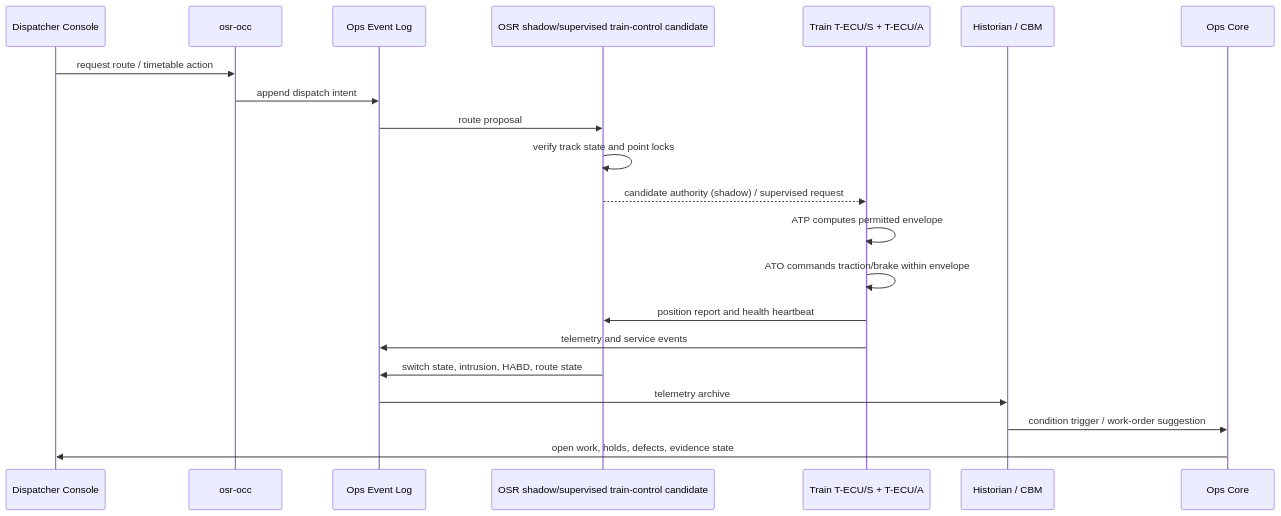
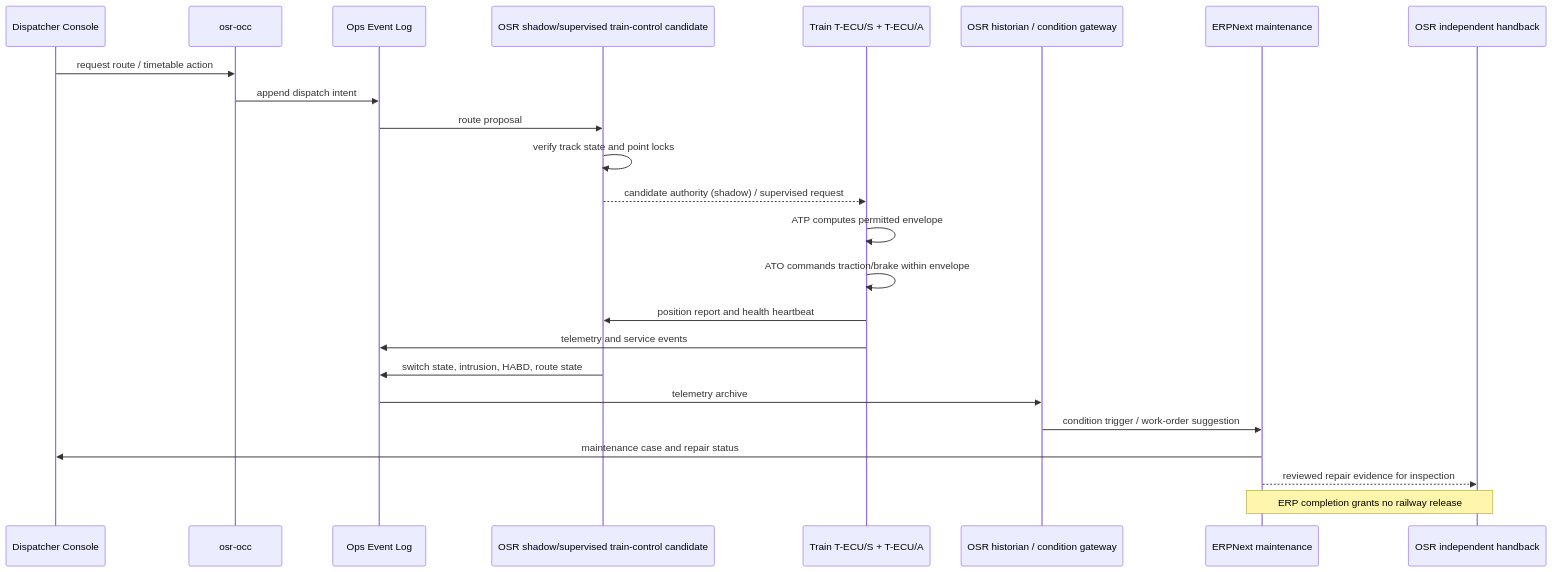
One commit to modernecotech/OpenSourceRail changed the sixth of 9 diagrams in docs/software-architecture-diagrams.md. Above: the diagram before and after it, drawn with Mermaid. The commit also changed other lines of this file and 361 other files, not shown here.

````diff
--- a/docs/software-architecture-diagrams.md
+++ b/docs/software-architecture-diagrams.md
@@ -322,24 +270,27 @@
 ```mermaid
 sequenceDiagram
   participant Dispatcher as Dispatcher Console
   participant OCC as osr-occ
   participant Log as Ops Event Log
   participant W as OSR shadow/supervised train-control candidate
   participant Train as Train T-ECU/S + T-ECU/A
-  participant Hist as Historian / CBM
-  participant Core as Ops Core
+  participant Hist as OSR historian / condition gateway
+  participant Core as ERPNext maintenance
+  participant Assurance as OSR independent handback
 
   Dispatcher->>OCC: request route / timetable action
   OCC->>Log: append dispatch intent
   Log->>W: route proposal
   W->>W: verify track state and point locks
   W-->>Train: candidate authority (shadow) / supervised request
   Train->>Train: ATP computes permitted envelope
   Train->>Train: ATO commands traction/brake within envelope
   Train->>W: position report and health heartbeat
   Train->>Log: telemetry and service events
   W->>Log: switch state, intrusion, HABD, route state
   Log->>Hist: telemetry archive
   Hist->>Core: condition trigger / work-order suggestion
-  Core->>Dispatcher: open work, holds, defects, evidence state
+  Core->>Dispatcher: maintenance case and repair status
+  Core-->>Assurance: reviewed repair evidence for inspection
+  Note over Core,Assurance: ERP completion grants no railway release
 ```
````
